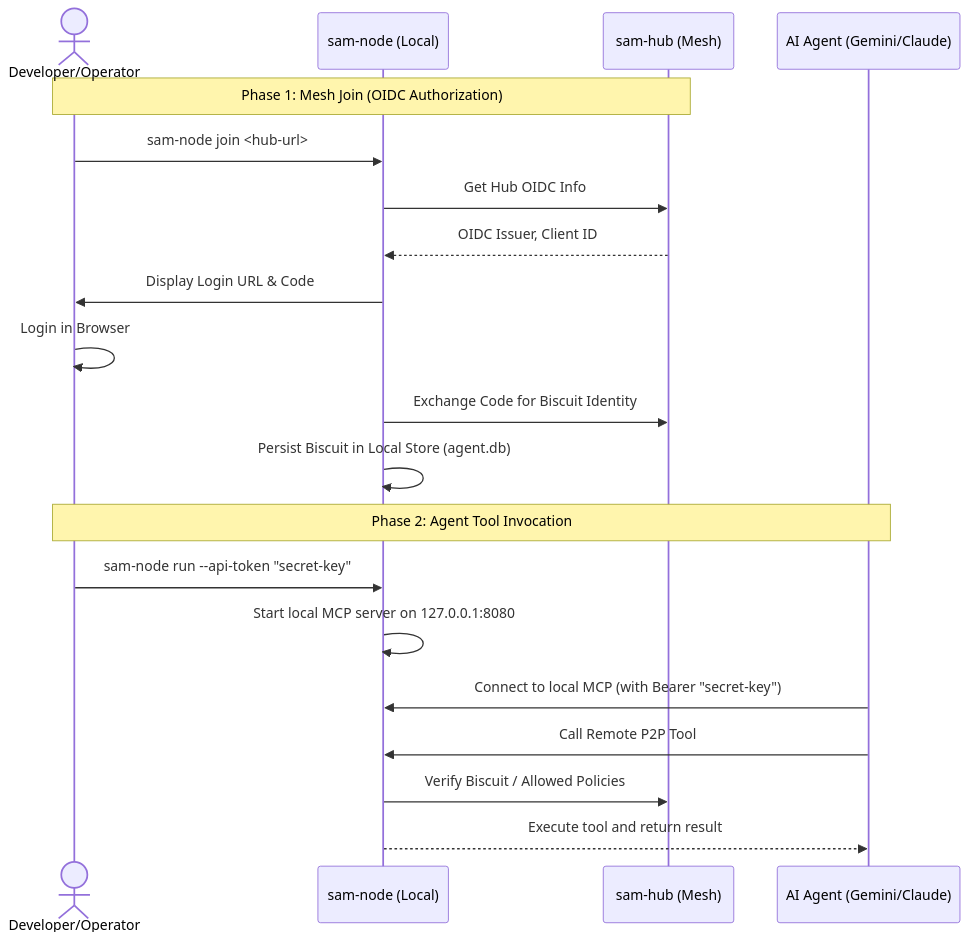
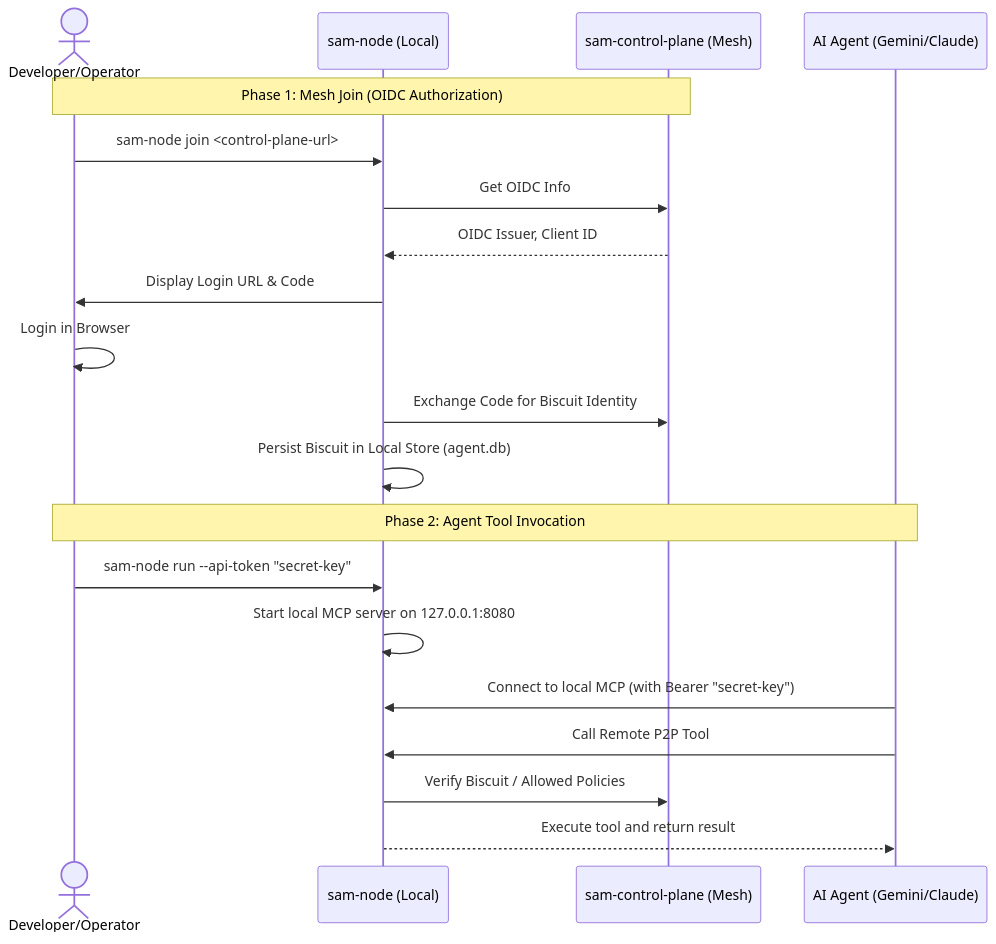
One commit to google/sam changed the diagram in site/content/docs/user/agent-usage.md. Above: the diagram before and after it, drawn with Mermaid. The commit also changed 16 other files, not shown here.

Commit message:
migrate from hub to control plane

````diff
--- a/site/content/docs/user/agent-usage.md
+++ b/site/content/docs/user/agent-usage.md
@@ -14,24 +14,24 @@
 ```mermaid
 sequenceDiagram
     actor User as Developer/Operator
     participant Node as sam-node (Local)
-    participant Hub as sam-hub (Mesh)
+    participant Hub as sam-control-plane (Mesh)
     participant Agent as AI Agent (Gemini/Claude)
     
     Note over User,Hub: Phase 1: Mesh Join (OIDC Authorization)
-    User->>Node: sam-node join <hub-url>
-    Node->>Hub: Get Hub OIDC Info
+    User->>Node: sam-node join <control-plane-url>
+    Node->>Hub: Get OIDC Info
     Hub-->>Node: OIDC Issuer, Client ID
     Node->>User: Display Login URL & Code
     User->>User: Login in Browser
     Node->>Hub: Exchange Code for Biscuit Identity
     Node->>Node: Persist Biscuit in Local Store (agent.db)
 
     Note over User,Agent: Phase 2: Agent Tool Invocation
     User->>Node: sam-node run --api-token "secret-key"
     Node->>Node: Start local MCP server on 127.0.0.1:8080
     Agent->>Node: Connect to local MCP (with Bearer "secret-key")
     Agent->>Node: Call Remote P2P Tool
     Node->>Hub: Verify Biscuit / Allowed Policies
     Node-->>Agent: Execute tool and return result
 ```
````
